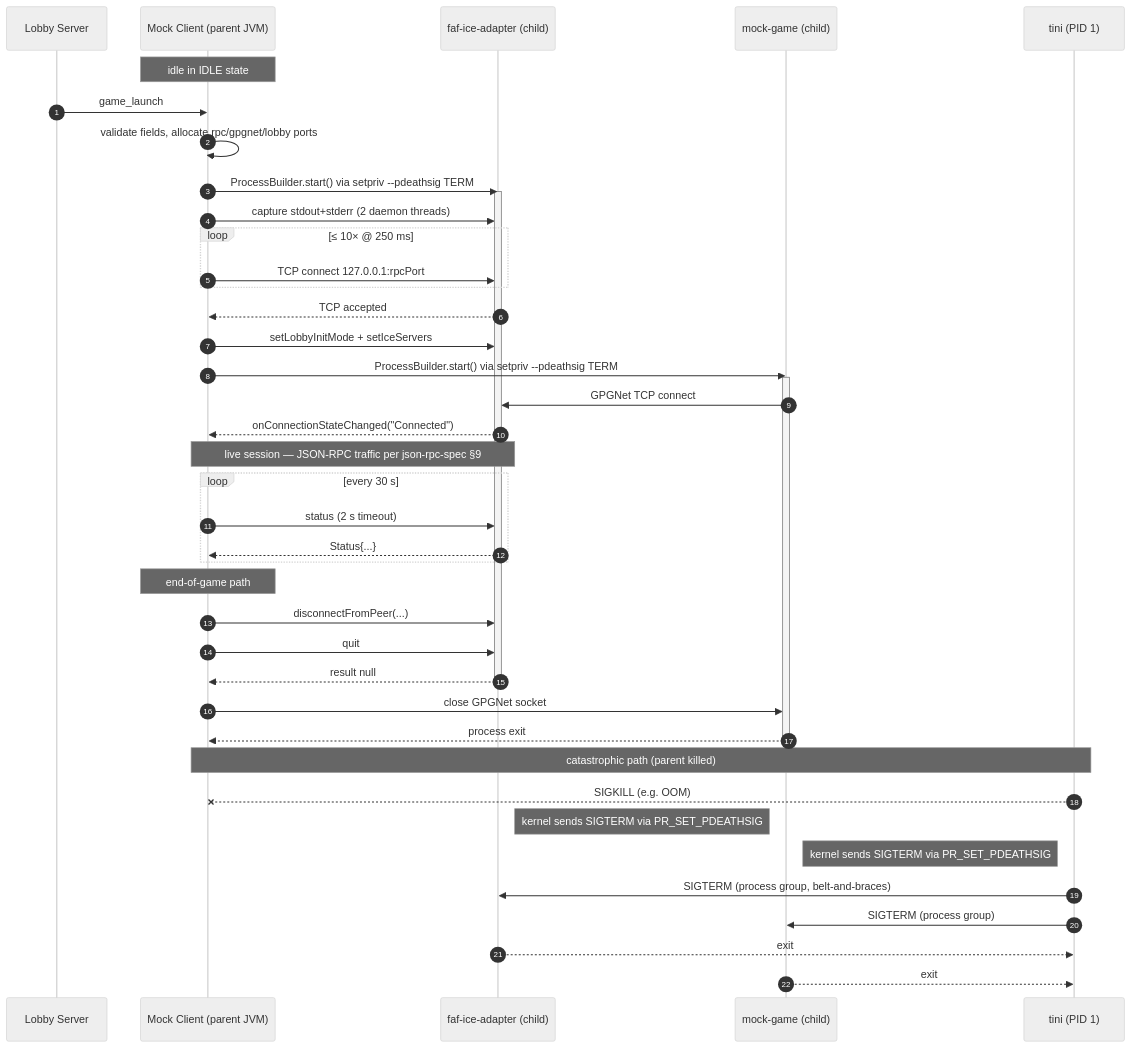
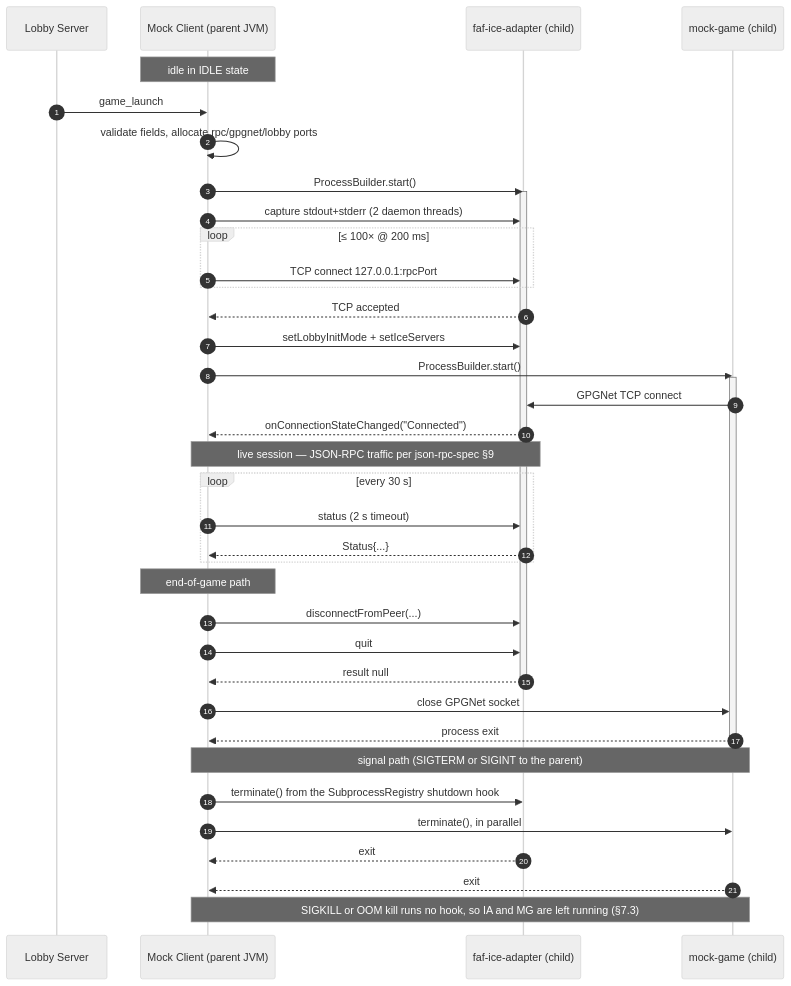
Before and after one commit to md-173/faf-test-harness: the diagram in documentation/research/subprocess-orchestration-spec.md, drawn with Mermaid (neutral theme). The commit also changed other lines of this file and 5 other files, not shown here.

````diff
--- a/documentation/research/subprocess-orchestration-spec.md
+++ b/documentation/research/subprocess-orchestration-spec.md
@@ -673,50 +701,47 @@
 ```mermaid
 sequenceDiagram
     autonumber
     participant LS as Lobby Server
     participant MC as Mock Client (parent JVM)
     participant IA as faf-ice-adapter (child)
     participant MG as mock-game (child)
-    participant TINI as tini (PID 1)
 
     Note over MC: idle in IDLE state
     LS->>MC: game_launch
     MC->>MC: validate fields, allocate rpc/gpgnet/lobby ports
-    MC->>IA: ProcessBuilder.start() via setpriv --pdeathsig TERM
+    MC->>IA: ProcessBuilder.start()
     activate IA
     MC->>IA: capture stdout+stderr (2 daemon threads)
-    loop ≤ 10× @ 250 ms
+    loop ≤ 100× @ 200 ms
         MC->>IA: TCP connect 127.0.0.1:rpcPort
     end
     IA-->>MC: TCP accepted
     MC->>IA: setLobbyInitMode + setIceServers
-    MC->>MG: ProcessBuilder.start() via setpriv --pdeathsig TERM
+    MC->>MG: ProcessBuilder.start()
     activate MG
     MG->>IA: GPGNet TCP connect
     IA-->>MC: onConnectionStateChanged("Connected")
 
     Note over MC,IA: live session — JSON-RPC traffic per json-rpc-spec §9
 
     loop every 30 s
         MC->>IA: status (2 s timeout)
         IA-->>MC: Status{...}
     end
 
     Note over MC: end-of-game path
     MC->>IA: disconnectFromPeer(...)
     MC->>IA: quit
     IA-->>MC: result null
     deactivate IA
     MC->>MG: close GPGNet socket
     MG-->>MC: process exit
     deactivate MG
 
-    Note over MC,TINI: catastrophic path (parent killed)
-    TINI--xMC: SIGKILL (e.g. OOM)
-    Note right of IA: kernel sends SIGTERM via PR_SET_PDEATHSIG
-    Note right of MG: kernel sends SIGTERM via PR_SET_PDEATHSIG
-    TINI->>IA: SIGTERM (process group, belt-and-braces)
-    TINI->>MG: SIGTERM (process group)
-    IA-->>TINI: exit
-    MG-->>TINI: exit
+    Note over MC,MG: signal path (SIGTERM or SIGINT to the parent)
+    MC->>IA: terminate() from the SubprocessRegistry shutdown hook
+    MC->>MG: terminate(), in parallel
+    IA-->>MC: exit
+    MG-->>MC: exit
+    Note over MC,MG: SIGKILL or OOM kill runs no hook, so IA and MG are left running (§7.3)
 ```
````
